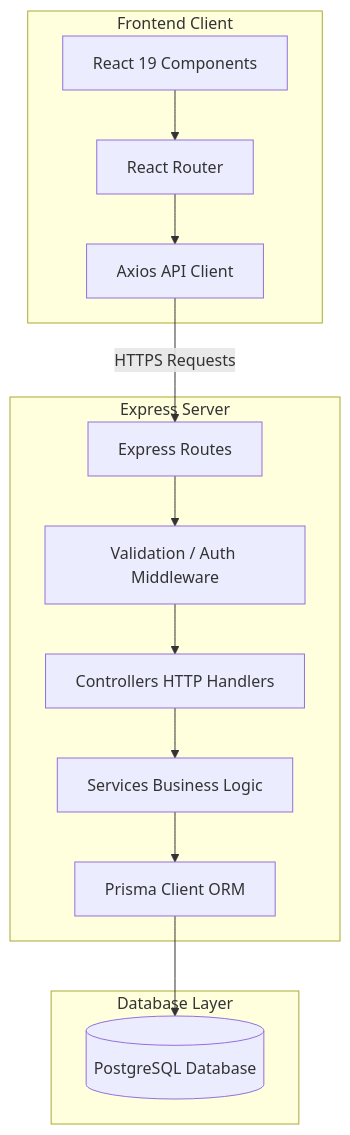
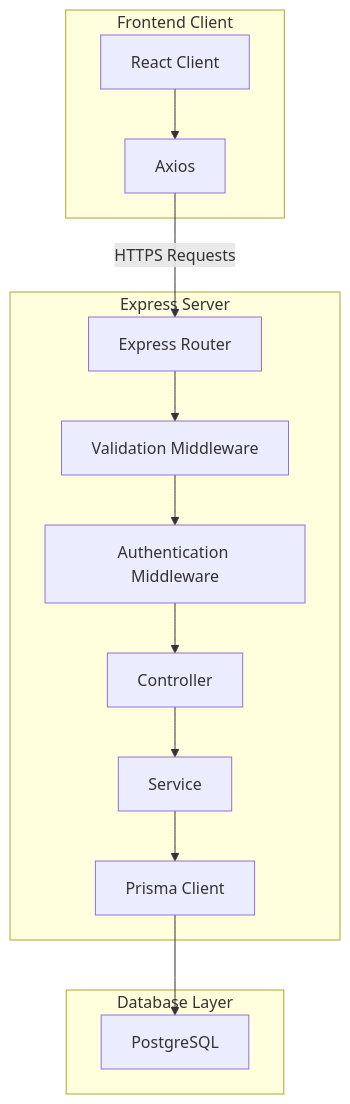
One commit to Aaditgupta1234/AVELIS changed the first of 2 diagrams in README.md. Above: the diagram before and after it, drawn with Mermaid. The commit also changed other lines of this file, not shown here.

Commit message:
README Update (Phase 6: Backend Authentication)

````diff
--- a/README.md
+++ b/README.md
@@ -140,19 +208,19 @@
 ```mermaid
 graph TD
     subgraph Frontend Client
-        React[React 19 Components] --> Router[React Router]
-        Router --> Axios[Axios API Client]
+        React[React Client] --> Axios[Axios]
     end
 
     subgraph Express Server
-        Axios -- HTTPS Requests --> Routes[Express Routes]
-        Routes --> Middleware[Validation / Auth Middleware]
-        Middleware --> Controllers[Controllers HTTP Handlers]
-        Controllers --> Services[Services Business Logic]
-        Services --> Prisma[Prisma Client ORM]
+        Axios -- HTTPS Requests --> Router[Express Router]
+        Router --> ValMiddleware[Validation Middleware]
+        ValMiddleware --> AuthMiddleware[Authentication Middleware]
+        AuthMiddleware --> Controller[Controller]
+        Controller --> Service[Service]
+        Service --> Prisma[Prisma Client]
     end
 
     subgraph Database Layer
-        Prisma --> PostgreSQL[("PostgreSQL Database")]
+        Prisma --> PostgreSQL[PostgreSQL]
     end
 ```
````
